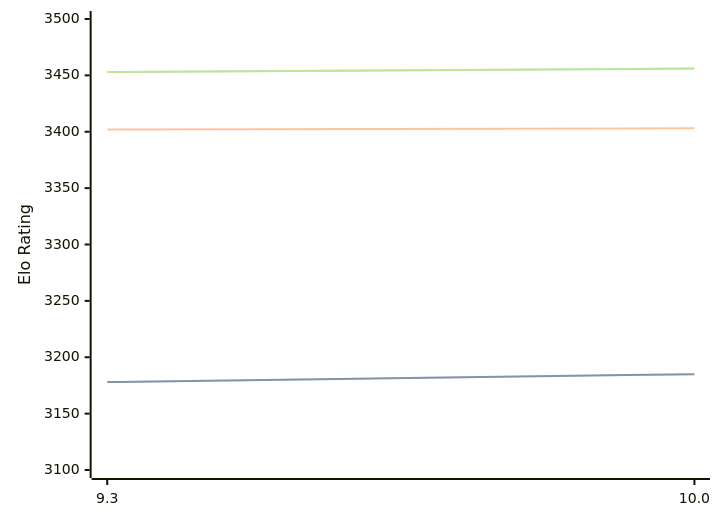
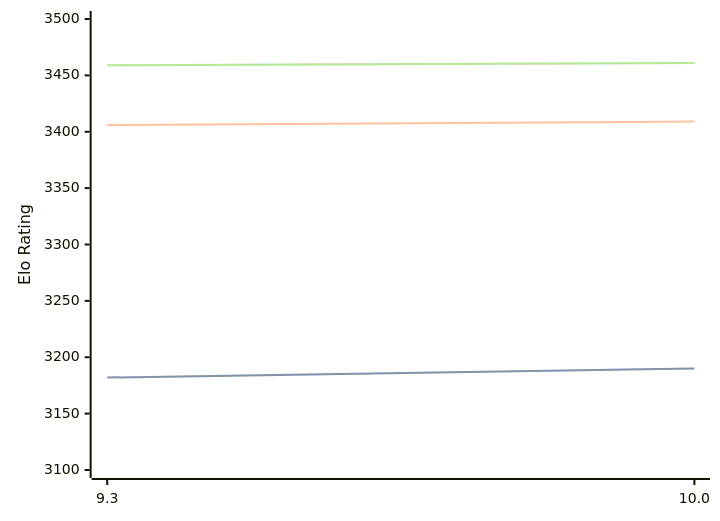
Before and after one commit to computer-chess-index/cci: the diagram in engines/Fire.md, drawn with Mermaid. The commit also changed other lines of this file, not shown here.

Commit message:
Update CCI Ratings (ELO VLTC) - 2026-04-14

````diff
--- a/engines/Fire.md
+++ b/engines/Fire.md
@@ -47,11 +47,11 @@
 ```mermaid
 %%{init: {"theme":"base","themeVariables":{"seriesColors:['#a3a3a3','#222221','#faa371']}}}%%
 xychart-beta
   x-axis ["9.3", "10.0"]
   y-axis "Elo Rating" 3100 --> 3500
-  line "STC (8.0+0.08s)" [3178, 3185]
-  line "STC (8.0+0.08s)" [3178, 3185]
-  line "LTC (60.0+0.60s)" [3402, 3403]
-  line "VLTC (2m24s+1.12s)" [3453, 3456]
-  line "VLTC (2m24s+1.12s)" [3453, 3456]
+  line "STC (8.0+0.08s)" [3182, 3190]
+  line "STC (8.0+0.08s)" [3182, 3190]
+  line "LTC (60.0+0.60s)" [3406, 3409]
+  line "VLTC (2m24s+1.12s)" [3459, 3461]
+  line "VLTC (2m24s+1.12s)" [3459, 3461]
 ```
````
